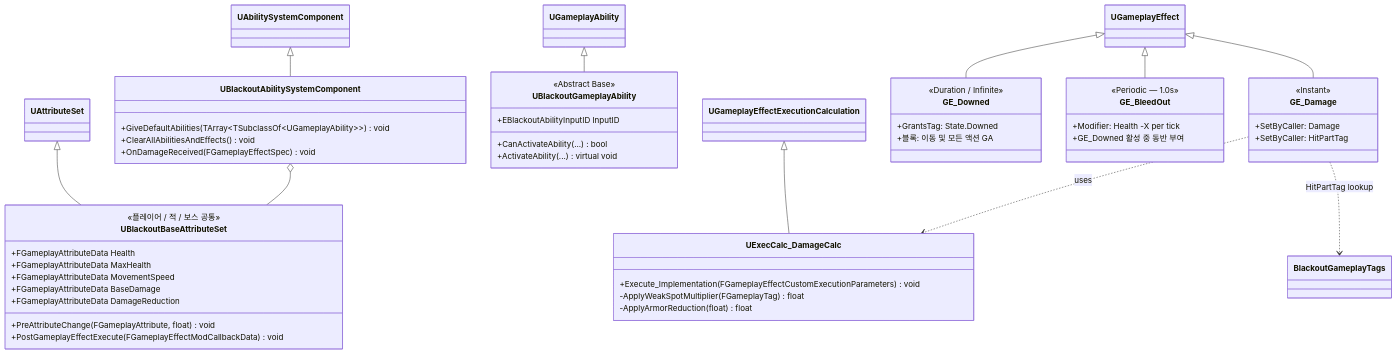
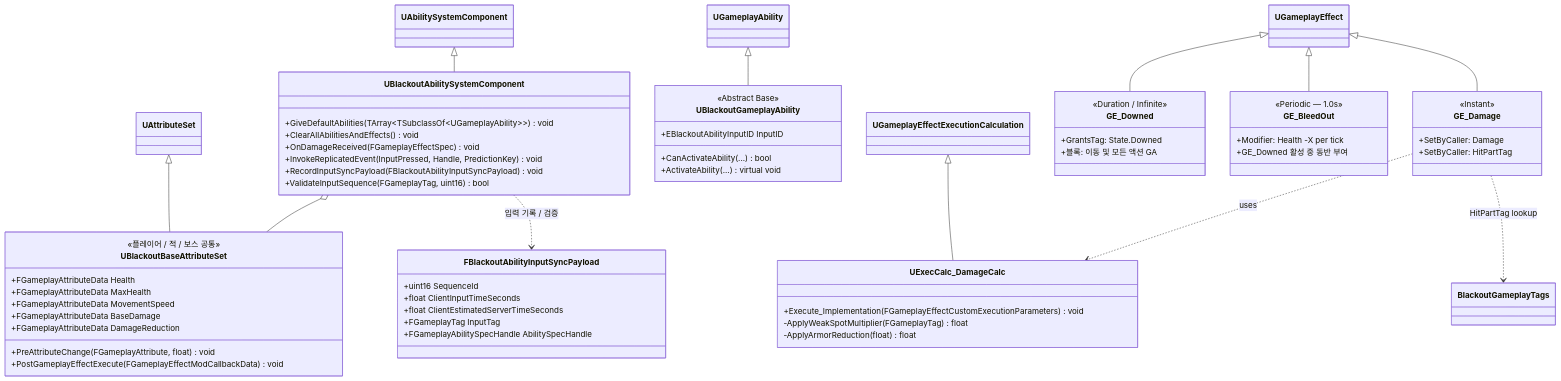
Before and after one commit to seongwon1579/ProjectBlackout: the diagram in Docs/Foundation/03_GAS_Infrastructure.md, drawn with Mermaid. The commit also changed other lines of this file and 4 other files, not shown here.

````diff
--- a/Docs/Foundation/03_GAS_Infrastructure.md
+++ b/Docs/Foundation/03_GAS_Infrastructure.md
@@ -6,64 +6,76 @@
 ```mermaid
 classDiagram
     direction TB
 
     UAbilitySystemComponent <|-- UBlackoutAbilitySystemComponent
     UAttributeSet <|-- UBlackoutBaseAttributeSet
     UGameplayAbility <|-- UBlackoutGameplayAbility
     UGameplayEffect <|-- GE_Damage
     UGameplayEffect <|-- GE_Downed
     UGameplayEffect <|-- GE_BleedOut
     UGameplayEffectExecutionCalculation <|-- UExecCalc_DamageCalc
 
     class UBlackoutAbilitySystemComponent {
         +GiveDefaultAbilities(TArray~TSubclassOf~UGameplayAbility~~) void
         +ClearAllAbilitiesAndEffects() void
         +OnDamageReceived(FGameplayEffectSpec) void
+        +InvokeReplicatedEvent(InputPressed, Handle, PredictionKey) void
+        +RecordInputSyncPayload(FBlackoutAbilityInputSyncPayload) void
+        +ValidateInputSequence(FGameplayTag, uint16) bool
+    }
+
+    class FBlackoutAbilityInputSyncPayload {
+        +uint16 SequenceId
+        +float ClientInputTimeSeconds
+        +float ClientEstimatedServerTimeSeconds
+        +FGameplayTag InputTag
+        +FGameplayAbilitySpecHandle AbilitySpecHandle
     }
 
     class UBlackoutBaseAttributeSet {
         <<플레이어 / 적 / 보스 공통>>
         +FGameplayAttributeData Health
         +FGameplayAttributeData MaxHealth
         +FGameplayAttributeData MovementSpeed
         +FGameplayAttributeData BaseDamage
         +FGameplayAttributeData DamageReduction
         +PreAttributeChange(FGameplayAttribute, float) void
         +PostGameplayEffectExecute(FGameplayEffectModCallbackData) void
     }
 
     class UBlackoutGameplayAbility {
         <<Abstract Base>>
         +EBlackoutAbilityInputID InputID
         +CanActivateAbility(...) bool
         +ActivateAbility(...) virtual void
     }
 
     class GE_Damage {
         <<Instant>>
         +SetByCaller: Damage
         +SetByCaller: HitPartTag
     }
 
     class GE_Downed {
         <<Duration / Infinite>>
         +GrantsTag: State.Downed
         +블록: 이동 및 모든 액션 GA
     }
 
     class GE_BleedOut {
         <<Periodic — 1.0s>>
         +Modifier: Health -X per tick
         +GE_Downed 활성 중 동반 부여
     }
 
     class UExecCalc_DamageCalc {
         +Execute_Implementation(FGameplayEffectCustomExecutionParameters) void
         -ApplyWeakSpotMultiplier(FGameplayTag) float
         -ApplyArmorReduction(float) float
     }
 
     UBlackoutAbilitySystemComponent o-- UBlackoutBaseAttributeSet
+    UBlackoutAbilitySystemComponent ..> FBlackoutAbilityInputSyncPayload : 입력 기록 / 검증
     GE_Damage ..> UExecCalc_DamageCalc : uses
     GE_Damage ..> BlackoutGameplayTags : HitPartTag lookup
 ```
````
